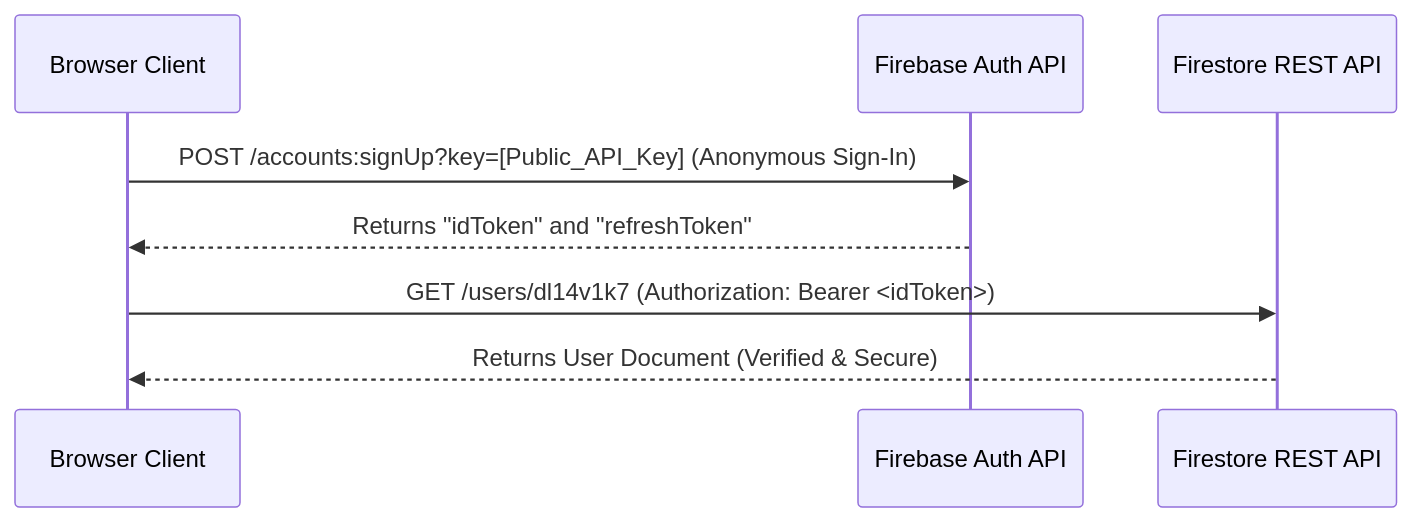
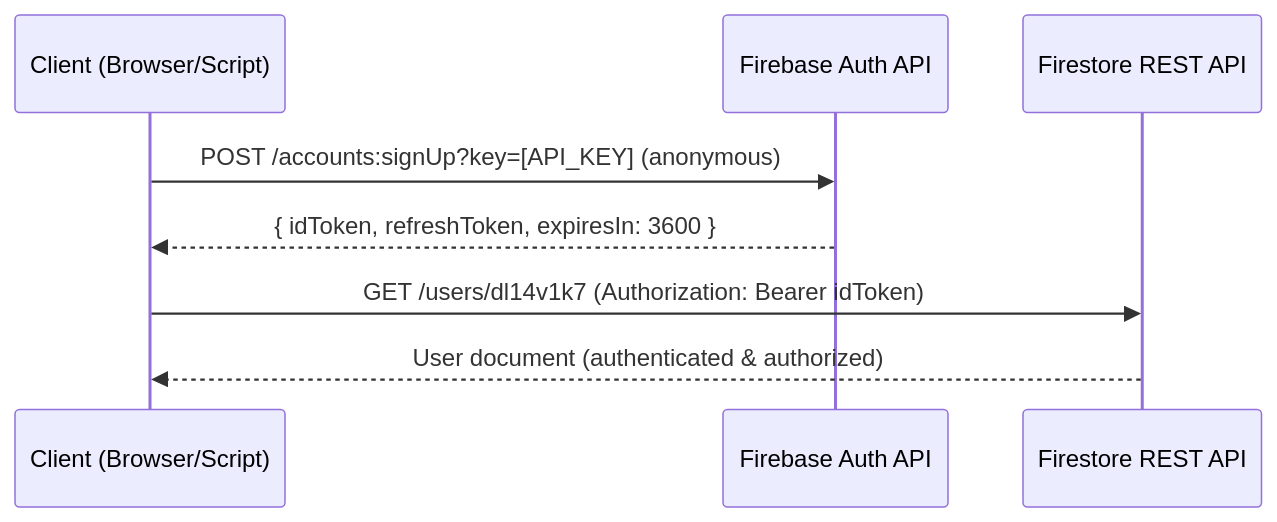
Before and after one commit to heshamusers/users: the diagram in FIREBASE_API_GUIDE.md, drawn with Mermaid. The commit also changed other lines of this file and 15 other files, not shown here.

````diff
--- a/FIREBASE_API_GUIDE.md
+++ b/FIREBASE_API_GUIDE.md
@@ -195,11 +401,11 @@
 ```mermaid
 sequenceDiagram
-    participant Browser as Browser Client
-    participant AuthAPI as Firebase Auth API
-    participant Firestore as Firestore REST API
-    
-    Browser->>AuthAPI: POST /accounts:signUp?key=[Public_API_Key] (Anonymous Sign-In)
-    AuthAPI-->>Browser: Returns "idToken" and "refreshToken"
-    Browser->>Firestore: GET /users/dl14v1k7 (Authorization: Bearer <idToken>)
-    Firestore-->>Browser: Returns User Document (Verified & Secure)
+    participant C as Client (Browser/Script)
+    participant A as Firebase Auth API
+    participant F as Firestore REST API
+
+    C->>A: POST /accounts:signUp?key=[API_KEY] (anonymous)
+    A-->>C: { idToken, refreshToken, expiresIn: 3600 }
+    C->>F: GET /users/dl14v1k7 (Authorization: Bearer idToken)
+    F-->>C: User document (authenticated & authorized)
 ```
````
